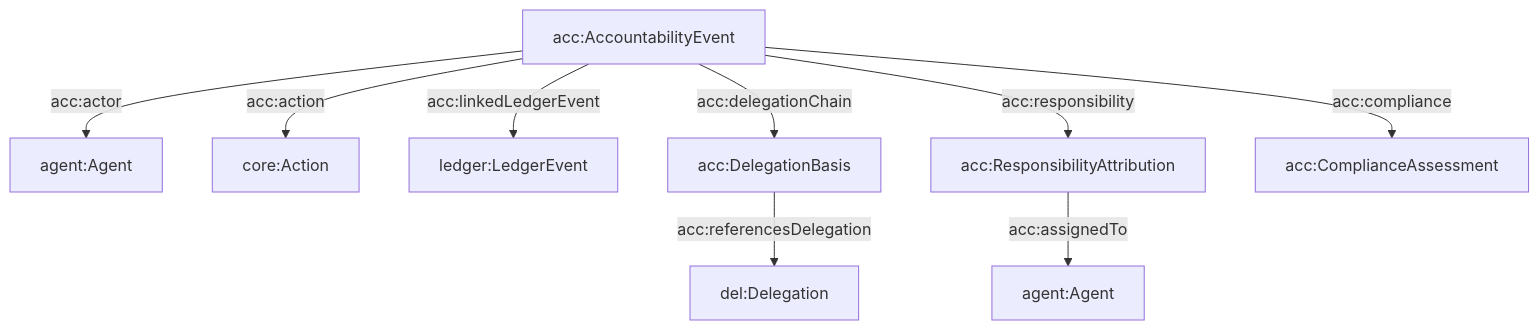
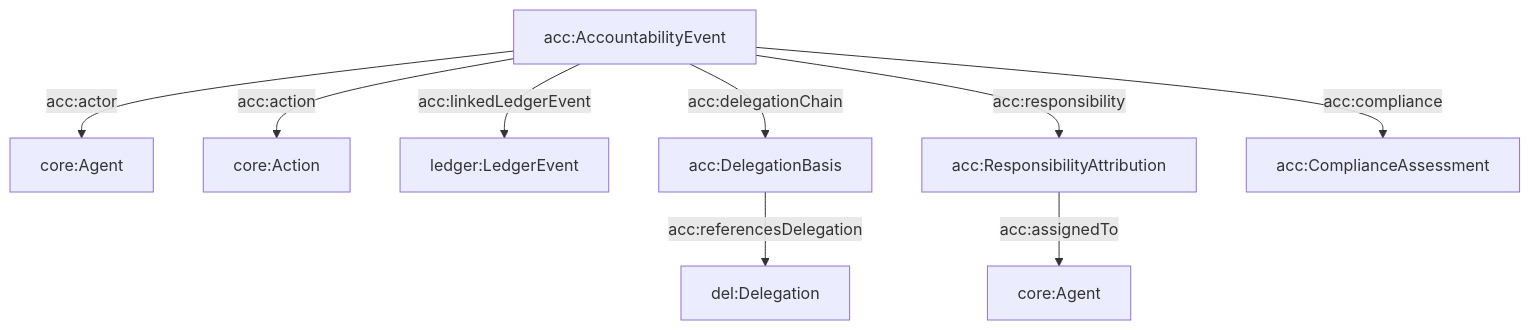
The second of 2 diagrams in docs/accountability.md (RichCanvas3/agent-ontology), drawn with Mermaid before and after one commit. The commit also changed other lines of this file and 30 other files, not shown here.

````diff
--- a/docs/accountability.md
+++ b/docs/accountability.md
@@ -43,11 +43,11 @@
 ```mermaid
 graph TD
-  AE[acc:AccountabilityEvent] -->|acc:actor| A[agent:Agent]
+  AE[acc:AccountabilityEvent] -->|acc:actor| A[core:Agent]
   AE -->|acc:action| X[core:Action]
   AE -->|acc:linkedLedgerEvent| LE[ledger:LedgerEvent]
   AE -->|acc:delegationChain| DB[acc:DelegationBasis]
   DB -->|acc:referencesDelegation| D[del:Delegation]
   AE -->|acc:responsibility| RA[acc:ResponsibilityAttribution]
-  RA -->|acc:assignedTo| WHO[agent:Agent]
+  RA -->|acc:assignedTo| WHO[core:Agent]
   AE -->|acc:compliance| CA[acc:ComplianceAssessment]
 ```
````
